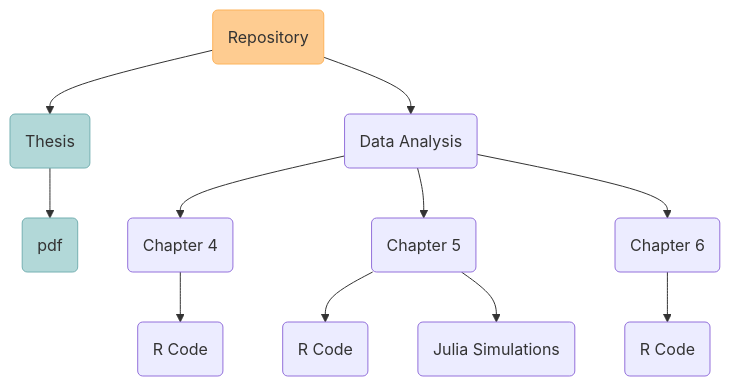
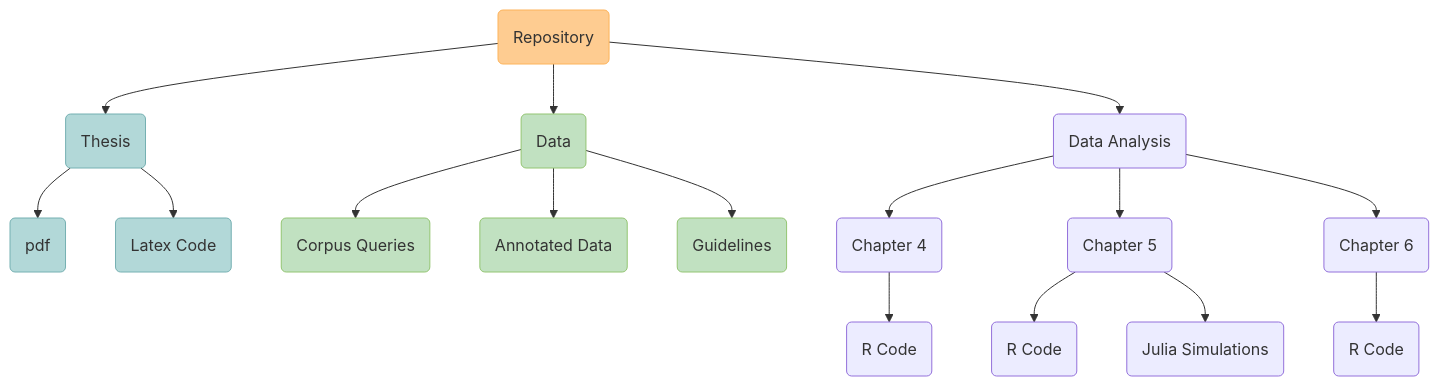
One commit to Raquel-Montero/PhDThesis changed the diagram in README.md. Above: the diagram before and after it, drawn with Mermaid. The commit also changed other lines of this file, not shown here.

````diff
--- a/README.md
+++ b/README.md
@@ -10,17 +11,27 @@
 ```mermaid
 graph TD;
-    A(Repository) -->B(Thesis);
-    B(Thesis) -->B1(pdf);
-    A(Repository)-->C(Data Analysis);
+    A(Repository) --> B(Thesis);
+    B(Thesis) --> B1(pdf);
+    B(Thesis) --> B2(Latex Code);
+    A(Repository) --> Q(Data);
+    Q(Data) --> Q1(Corpus Queries);
+    Q(Data) --> Q2(Annotated Data);
+    Q(Data) --> Q3(Guidelines);
+    A(Repository)--> C(Data Analysis);
     C(Data Analysis) --> D(Chapter 4);
     D(Chapter 4) --> D1(R Code);
     C(Data Analysis) --> E(Chapter 5);
     E(Chapter 5) --> E1(R Code);
     E(Chapter 5) --> E2(Julia Simulations);
     C(Data Analysis) --> F(Chapter 6);
     F(Chapter 6) --> F1(R Code);
 
-style A fill:#fecc91, stroke:#fdb35a 
+style A fill:#fecc91, stroke:#fdb35a
+style Q fill:#C1E1C1, stroke:#93C572
+style Q1 fill:#C1E1C1, stroke:#93C572
+style Q2 fill:#C1E1C1, stroke:#93C572
+style Q3 fill:#C1E1C1, stroke:#93C572
 style B fill:#b2d8d8, stroke:#75b0b2
 style B1 fill:#b2d8d8, stroke:#75b0b2
+style B2 fill:#b2d8d8, stroke:#75b0b2
 ```
````
